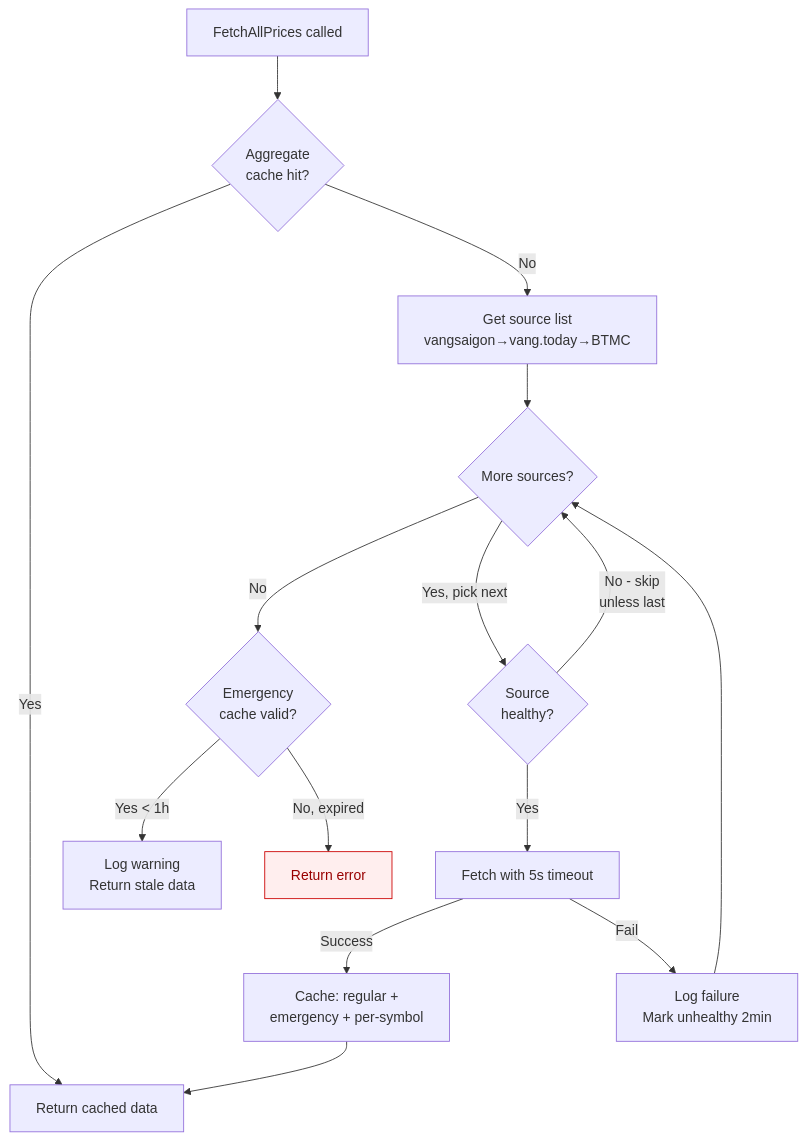
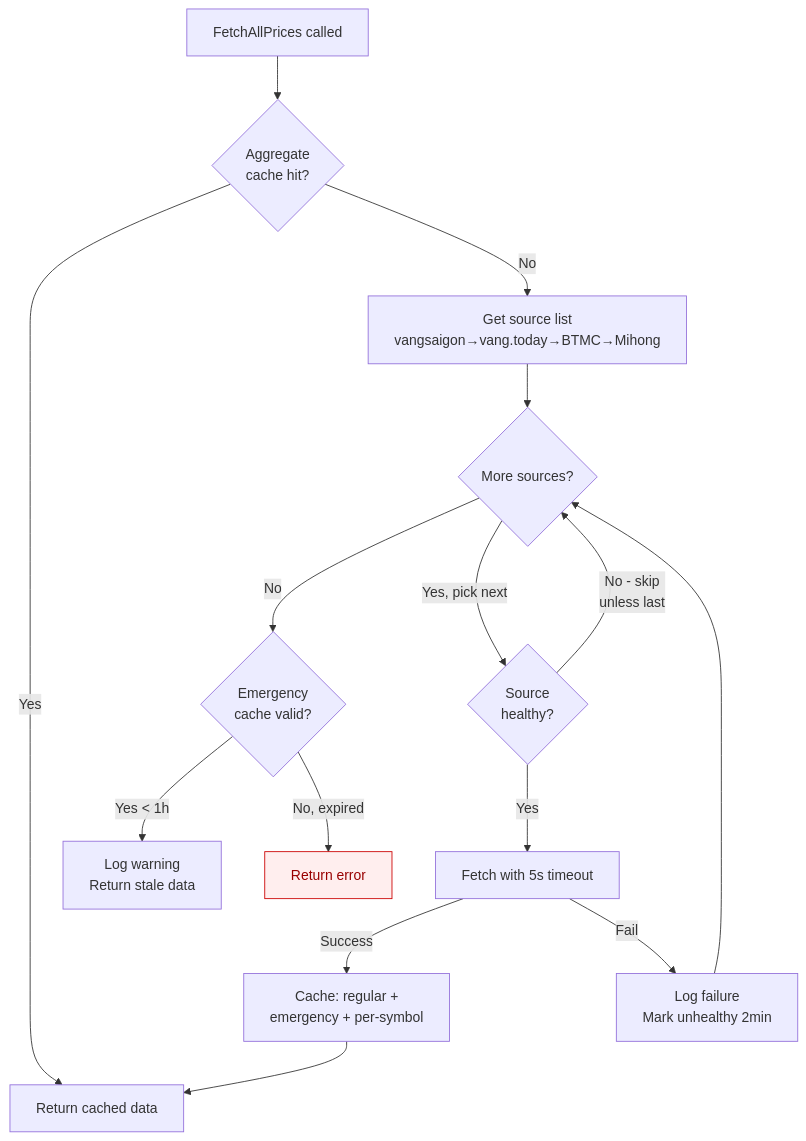
Before and after one commit to khanhnq1406/wealth-journey: diagram 13 of 15 in docs/architecture/flow-cross-cutting.md, drawn with Mermaid. The commit also changed other lines of this file and 2 other files, not shown here.

First line of the commit message:
docs(mihong): update flow diagram and add Fix 5 to implementation report

````diff
--- a/docs/architecture/flow-cross-cutting.md
+++ b/docs/architecture/flow-cross-cutting.md
@@ -957,19 +957,19 @@
 ```mermaid
 flowchart TD
     A[FetchAllPrices called] --> B{Aggregate\ncache hit?}
     B -->|Yes| C[Return cached data]
-    B -->|No| D[Get source list\nvangsaigon→vang.today→BTMC]
+    B -->|No| D[Get source list\nvangsaigon→vang.today→BTMC→Mihong]
     D --> E{More sources?}
     E -->|No| K{Emergency\ncache valid?}
     E -->|Yes, pick next| F{Source\nhealthy?}
     F -->|No - skip\nunless last| E
     F -->|Yes| G[Fetch with 5s timeout]
     G -->|Success| H[Cache: regular +\nemergency + per-symbol]
     H --> C
     G -->|Fail| I[Log failure\nMark unhealthy 2min]
     I --> E
     K -->|Yes < 1h| L[Log warning\nReturn stale data]
     K -->|No, expired| M[Return error]:::error
 
     classDef error fill:#fee,stroke:#c00,color:#900
 ```
````
